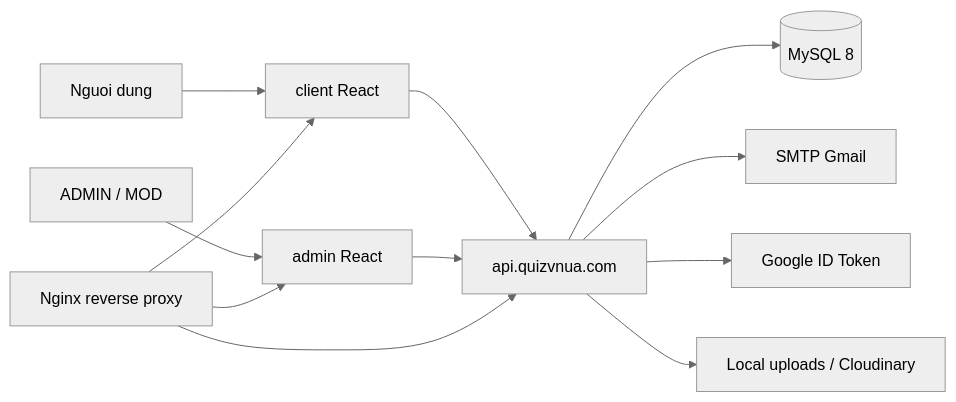
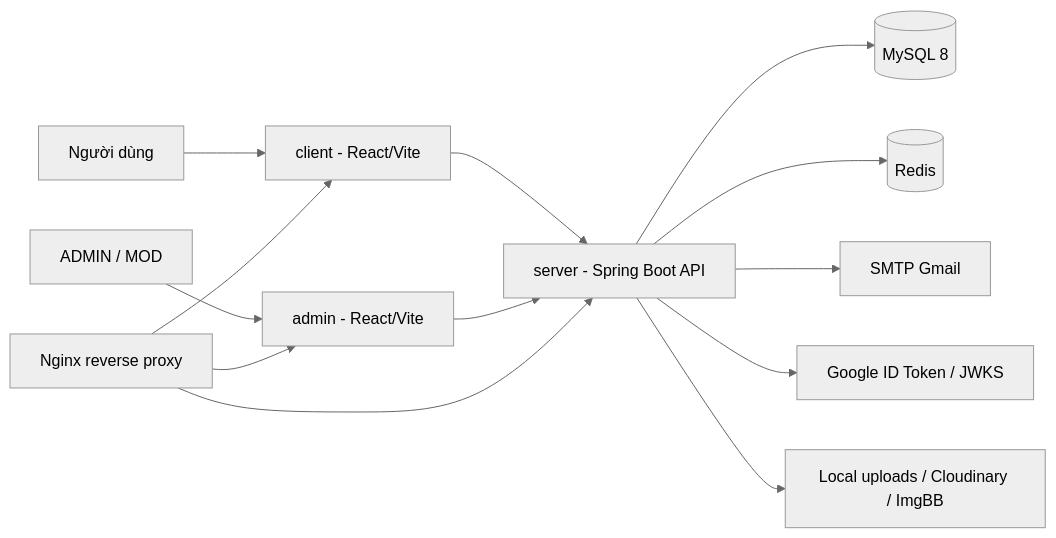
The diagram in README.md (daidoan1608/quiz), drawn with Mermaid (neutral theme) before and after one commit. The commit also changed other lines of this file and 3 other files, not shown here.

````diff
--- a/README.md
+++ b/README.md
@@ -13,14 +13,15 @@
 ```mermaid
 flowchart LR
-    User["Nguoi dung"] --> Client["client React"]
-    AdminUser["ADMIN / MOD"] --> Admin["admin React"]
-    Client --> API["api.quizvnua.com"]
+    User["Người dùng"] --> Client["client - React/Vite"]
+    AdminUser["ADMIN / MOD"] --> Admin["admin - React/Vite"]
+    Client --> API["server - Spring Boot API"]
     Admin --> API
     API --> DB[("MySQL 8")]
+    API --> Redis[("Redis")]
     API --> Mail["SMTP Gmail"]
-    API --> Google["Google ID Token"]
-    API --> Storage["Local uploads / Cloudinary"]
+    API --> Google["Google ID Token / JWKS"]
+    API --> Storage["Local uploads / Cloudinary / ImgBB"]
     Nginx["Nginx reverse proxy"] --> Client
     Nginx --> Admin
     Nginx --> API
 ```
````
